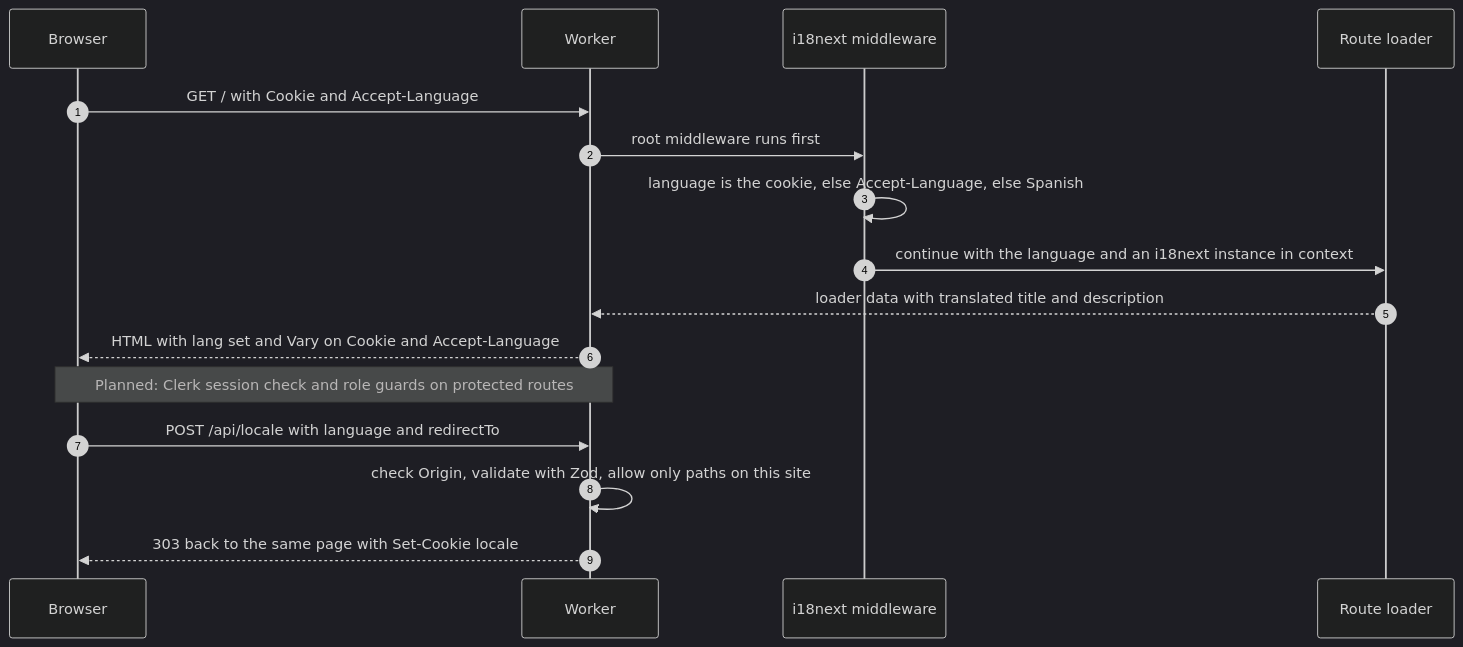
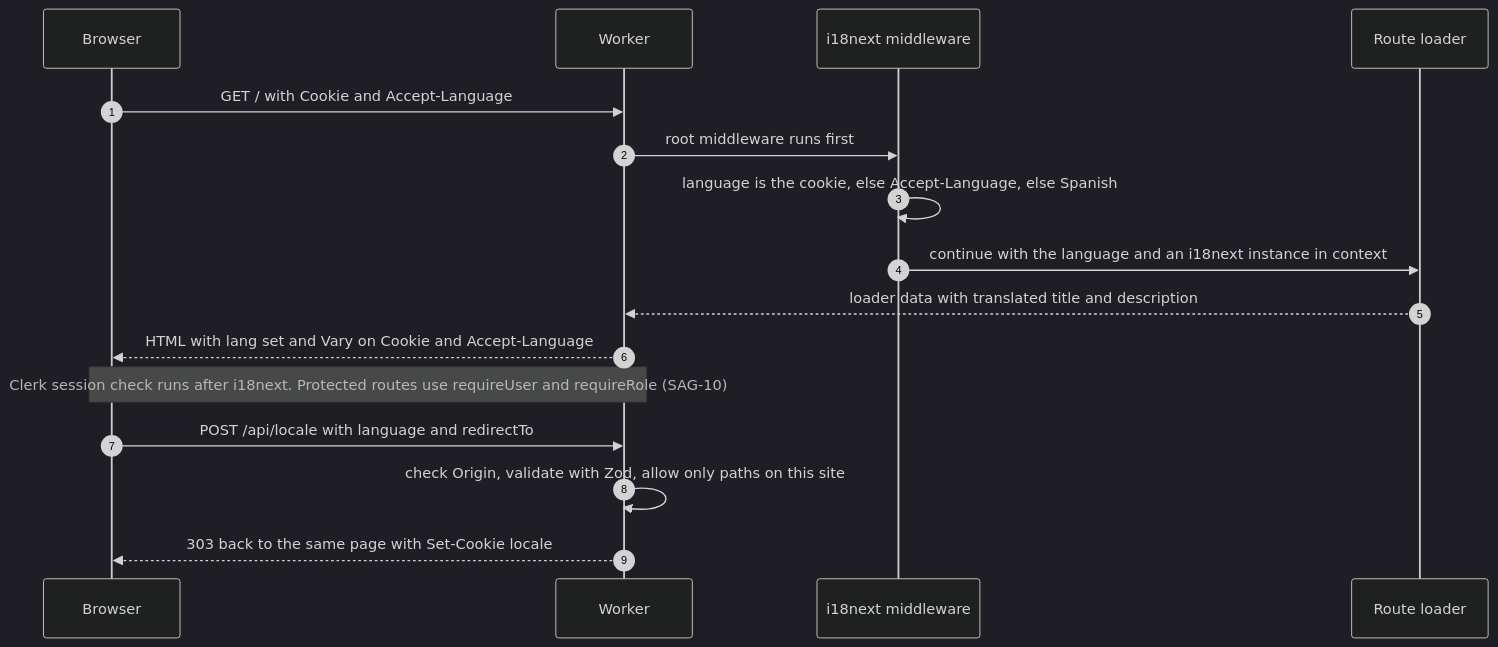
The second of 6 diagrams in docs/architecture.md (moyfdzz/sagashelf), drawn with Mermaid (dark theme) before and after one commit. The commit also changed other lines of this file and 33 other files, not shown here.

First line of the commit message:
feat(SAG-10): add Clerk accounts with sessions, guards and sign-in pages (#20)

````diff
--- a/docs/architecture.md
+++ b/docs/architecture.md
@@ -50,20 +50,20 @@
 ```mermaid
 sequenceDiagram
   autonumber
   participant B as Browser
   participant W as Worker
   participant M as i18next middleware
   participant R as Route loader
 
   B->>W: GET / with Cookie and Accept-Language
   W->>M: root middleware runs first
   M->>M: language is the cookie, else Accept-Language, else Spanish
   M->>R: continue with the language and an i18next instance in context
   R-->>W: loader data with translated title and description
   W-->>B: HTML with lang set and Vary on Cookie and Accept-Language
-  Note over B,W: Planned: Clerk session check and role guards on protected routes
+  Note over B,W: Clerk session check runs after i18next. Protected routes use requireUser and requireRole (SAG-10)
 
   B->>W: POST /api/locale with language and redirectTo
   W->>W: check Origin, validate with Zod, allow only paths on this site
   W-->>B: 303 back to the same page with Set-Cookie locale
 ```
````
